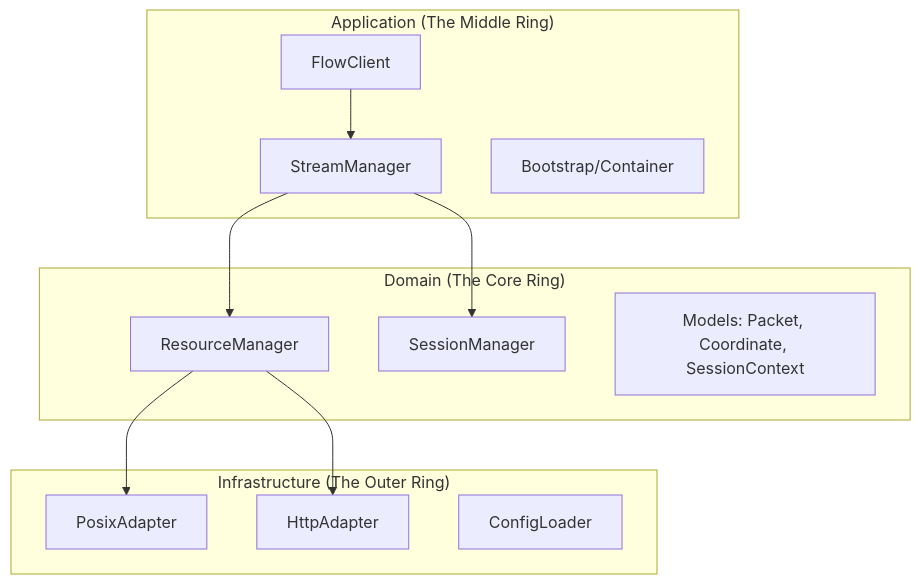
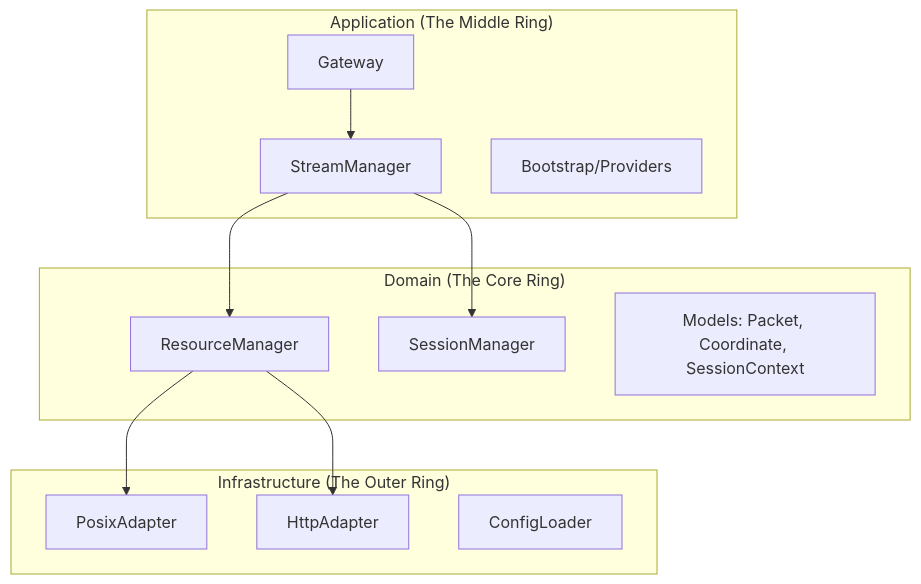
Before and after one commit to mnaatjes/etl-pipeline: the first of 2 diagrams in docs/architecture/README.md, drawn with Mermaid. The commit also changed other lines of this file and 5 other files, not shown here.

````diff
--- a/docs/architecture/README.md
+++ b/docs/architecture/README.md
@@ -20,26 +20,26 @@
 ```mermaid
 graph TD
     subgraph Infrastructure ["Infrastructure (The Outer Ring)"]
         A[PosixAdapter]
         B[HttpAdapter]
         C[ConfigLoader]
     end
 
     subgraph Application ["Application (The Middle Ring)"]
-        D[FlowClient]
+        D[Gateway]
         E[StreamManager]
-        F[Bootstrap/Container]
+        F[Bootstrap/Providers]
     end
 
     subgraph Domain ["Domain (The Core Ring)"]
         G[ResourceManager]
         H[SessionManager]
         I[Models: Packet, Coordinate, SessionContext]
     end
 
     D --> E
     E --> G
     E --> H
     G --> A
     G --> B
 ```
````
